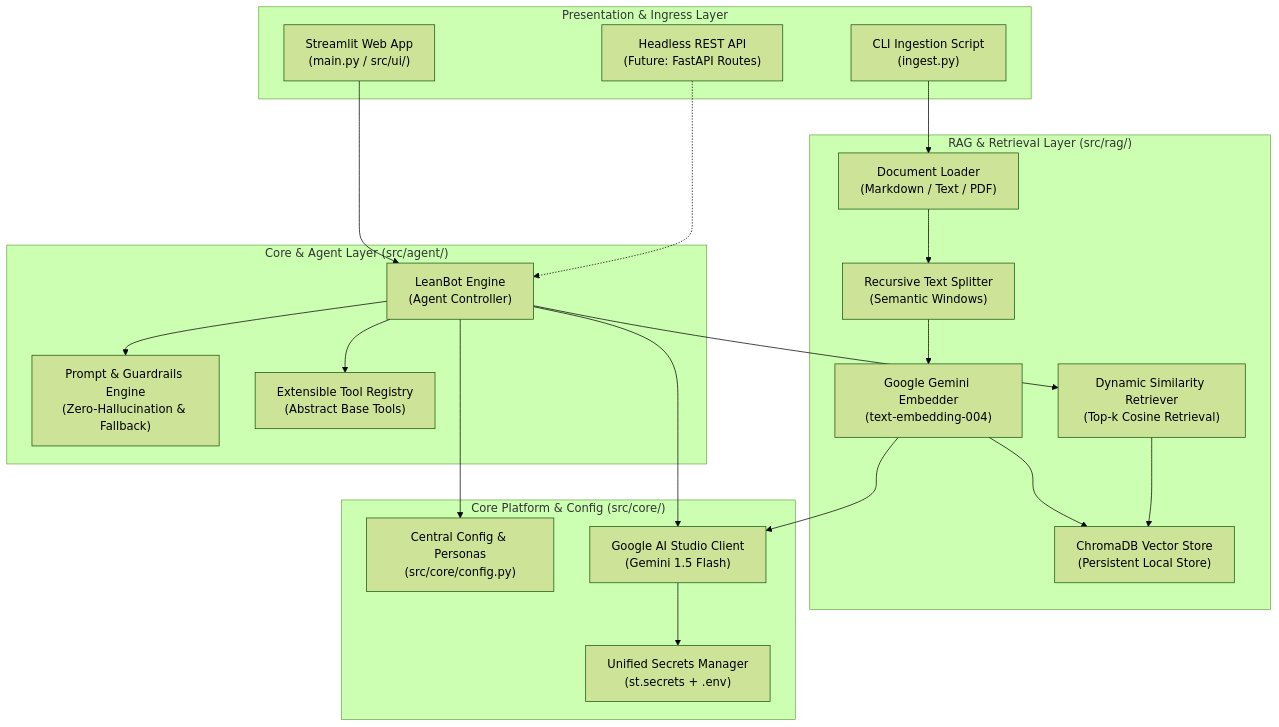
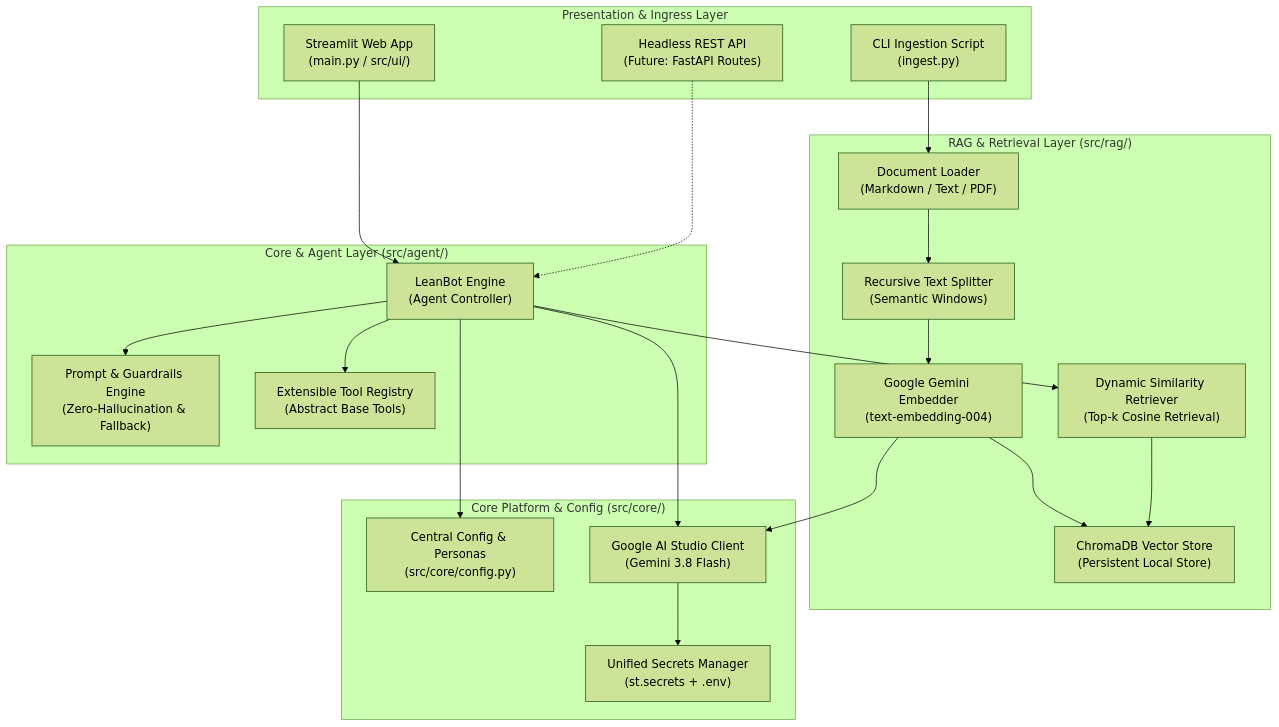
The first of 3 diagrams in ARCHITECTURE.md (youssefekrami919/EngrLean-smart-rag-agent), drawn with Mermaid (forest theme) before and after one commit. The commit also changed other lines of this file and 9 other files, not shown here.

````diff
--- a/ARCHITECTURE.md
+++ b/ARCHITECTURE.md
@@ -32,46 +32,46 @@
 ```mermaid
 flowchart TD
     subgraph Presentation_Layer ["Presentation & Ingress Layer"]
         CLI["CLI Ingestion Script<br/>(ingest.py)"]
         StreamlitUI["Streamlit Web App<br/>(main.py / src/ui/)"]
         FastAPISpec["Headless REST API<br/>(Future: FastAPI Routes)"]
     end
 
     subgraph Core_Agent_Layer ["Core & Agent Layer (src/agent/)"]
         LeanBot["LeanBot Engine<br/>(Agent Controller)"]
         PromptEngine["Prompt & Guardrails Engine<br/>(Zero-Hallucination & Fallback)"]
         ToolRegistry["Extensible Tool Registry<br/>(Abstract Base Tools)"]
     end
 
     subgraph RAG_Engine ["RAG & Retrieval Layer (src/rag/)"]
         DocLoader["Document Loader<br/>(Markdown / Text / PDF)"]
         Chunker["Recursive Text Splitter<br/>(Semantic Windows)"]
         Embedder["Google Gemini Embedder<br/>(text-embedding-004)"]
         ChromaStore["ChromaDB Vector Store<br/>(Persistent Local Store)"]
         Retriever["Dynamic Similarity Retriever<br/>(Top-k Cosine Retrieval)"]
     end
 
     subgraph Platform_Core ["Core Platform & Config (src/core/)"]
         Config["Central Config & Personas<br/>(src/core/config.py)"]
         SecretsMgr["Unified Secrets Manager<br/>(st.secrets + .env)"]
-        GeminiClient["Google AI Studio Client<br/>(Gemini 1.5 Flash)"]
+        GeminiClient["Google AI Studio Client<br/>(Gemini 3.8 Flash)"]
     end
 
     StreamlitUI --> LeanBot
     FastAPISpec -.-> LeanBot
     CLI --> DocLoader
 
     LeanBot --> PromptEngine
     LeanBot --> Retriever
     LeanBot --> ToolRegistry
 
     DocLoader --> Chunker
     Chunker --> Embedder
     Embedder --> ChromaStore
     Retriever --> ChromaStore
 
     Embedder --> GeminiClient
     LeanBot --> GeminiClient
     GeminiClient --> SecretsMgr
     LeanBot --> Config
 ```
````
